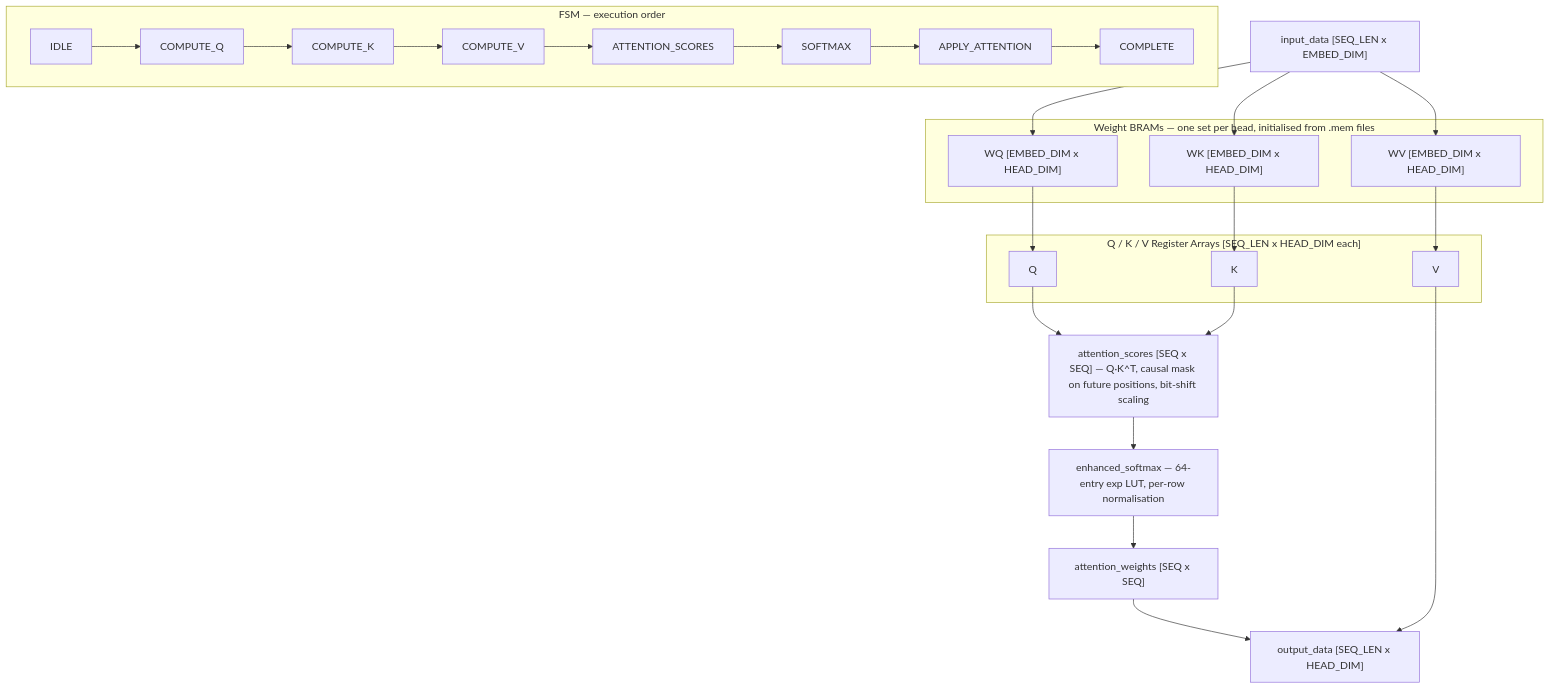
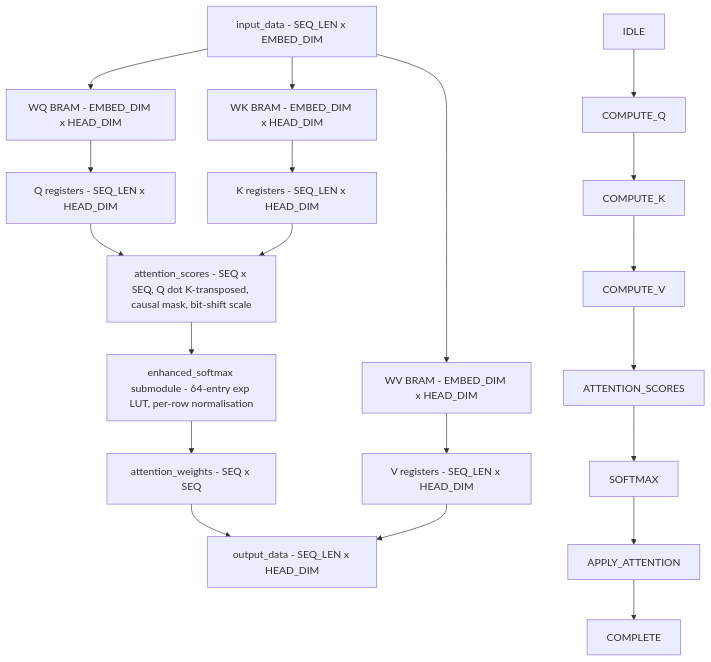
Before and after one commit to Fluxx7/FPGA-Transformer-Acceleration: the seventh of 7 diagrams in report/05b_hardware_validation.md, drawn with Mermaid. The commit also changed other lines of this file, not shown here.

First line of the commit message:
Simplify Mermaid diagrams for VS Code preview compatibility

````diff
--- a/report/05b_hardware_validation.md
+++ b/report/05b_hardware_validation.md
@@ -304,33 +293,25 @@
 ```mermaid
 graph TD
-    IN["input_data [SEQ_LEN x EMBED_DIM]"]
+    IN["input_data - SEQ_LEN x EMBED_DIM"]
+    WQ["WQ BRAM - EMBED_DIM x HEAD_DIM"]
+    WK["WK BRAM - EMBED_DIM x HEAD_DIM"]
+    WV["WV BRAM - EMBED_DIM x HEAD_DIM"]
+    Q["Q registers - SEQ_LEN x HEAD_DIM"]
+    K["K registers - SEQ_LEN x HEAD_DIM"]
+    V["V registers - SEQ_LEN x HEAD_DIM"]
+    SCORES["attention_scores - SEQ x SEQ, Q dot K-transposed, causal mask, bit-shift scale"]
+    SFX["enhanced_softmax submodule - 64-entry exp LUT, per-row normalisation"]
+    WEIGHTS["attention_weights - SEQ x SEQ"]
+    OUT["output_data - SEQ_LEN x HEAD_DIM"]
 
-    subgraph WeightBRAMs["Weight BRAMs — one set per head, initialised from .mem files"]
-        WQ["WQ [EMBED_DIM x HEAD_DIM]"]
-        WK["WK [EMBED_DIM x HEAD_DIM]"]
-        WV["WV [EMBED_DIM x HEAD_DIM]"]
-    end
+    s0[IDLE] --> s1[COMPUTE_Q] --> s2[COMPUTE_K] --> s3[COMPUTE_V] --> s4[ATTENTION_SCORES] --> s5[SOFTMAX] --> s6[APPLY_ATTENTION] --> s7[COMPLETE]
 
-    subgraph QKVRegs["Q / K / V Register Arrays  [SEQ_LEN x HEAD_DIM each]"]
-        Q["Q"]
-        K["K"]
-        V["V"]
-    end
-
-    SCORES["attention_scores [SEQ x SEQ] — Q·K^T, causal mask on future positions, bit-shift scaling"]
-    SFX["enhanced_softmax — 64-entry exp LUT, per-row normalisation"]
-    WEIGHTS["attention_weights [SEQ x SEQ]"]
-    OUT["output_data [SEQ_LEN x HEAD_DIM]"]
-
-    subgraph FSM["FSM — execution order"]
-        s0[IDLE] --> s1[COMPUTE_Q] --> s2[COMPUTE_K] --> s3[COMPUTE_V] --> s4[ATTENTION_SCORES] --> s5[SOFTMAX] --> s6[APPLY_ATTENTION] --> s7[COMPLETE]
-    end
-
-    IN --> WQ & WK & WV
-    WQ --> Q
-    WK --> K
-    WV --> V
-    Q & K --> SCORES
+    IN --> WQ --> Q
+    IN --> WK --> K
+    IN --> WV --> V
+    Q --> SCORES
+    K --> SCORES
     SCORES --> SFX --> WEIGHTS
-    WEIGHTS & V --> OUT
+    WEIGHTS --> OUT
+    V --> OUT
 ```
````
